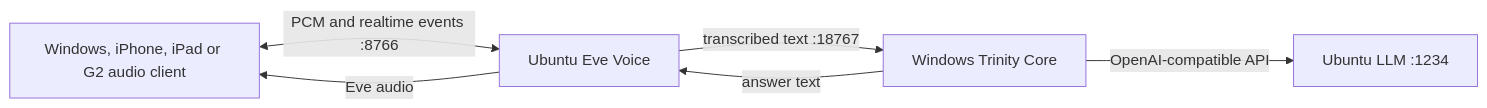
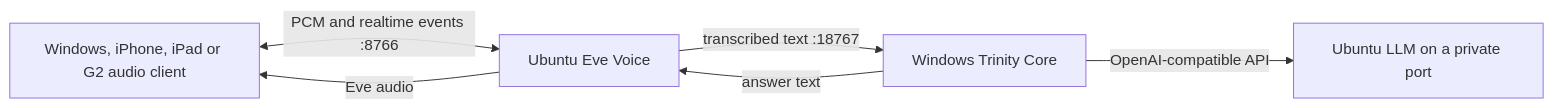
One commit to ProfEngel/TrinityLectureAssisitant changed the diagram in docs/VOICE_UBUNTU_HOST.md. Above: the diagram before and after it, drawn with Mermaid. The commit also changed other lines of this file, not shown here.

Commit message:
docs: document independent Ubuntu voice startup

````diff
--- a/docs/VOICE_UBUNTU_HOST.md
+++ b/docs/VOICE_UBUNTU_HOST.md
@@ -7,8 +7,8 @@
 ```mermaid
 flowchart LR
   C["Windows, iPhone, iPad or G2 audio client"] <-->|"PCM and realtime events :8766"| U["Ubuntu Eve Voice"]
   U -->|"transcribed text :18767"| W["Windows Trinity Core"]
-  W -->|"OpenAI-compatible API"| L["Ubuntu LLM :1234"]
+  W -->|"OpenAI-compatible API"| L["Ubuntu LLM on a private port"]
   W -->|"answer text"| U
   U -->|"Eve audio"| C
 ```
````
